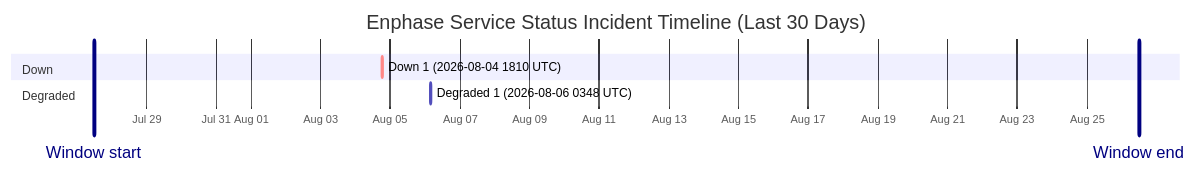
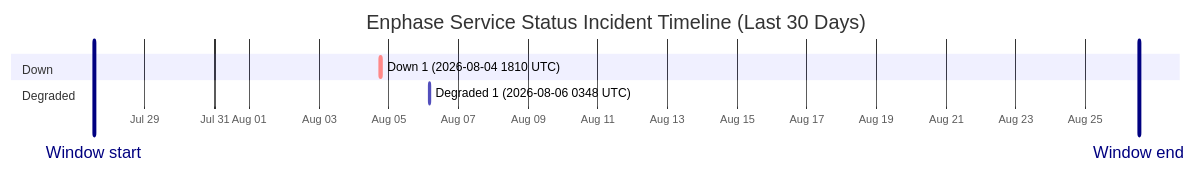
The diagram in wiki/Service-Status-History.md (barneyonline/ha-enphase-energy), drawn with Mermaid before and after one commit. The commit also changed other lines of this file and 3 other files, not shown here.

````diff
--- a/wiki/Service-Status-History.md
+++ b/wiki/Service-Status-History.md
@@ -14,12 +14,12 @@
 ```mermaid
 gantt
     title Enphase Service Status Incident Timeline (Last 30 Days)
     dateFormat  YYYY-MM-DDTHH:mm:ss
     axisFormat  %b %d
-    Window start :vert, window-start, 2026-07-27T11:56:49, 0ms
-    Window end :vert, window-end, 2026-08-26T11:56:49, 0ms
+    Window start :vert, window-start, 2026-07-27T12:56:58, 0ms
+    Window end :vert, window-end, 2026-08-26T12:56:58, 0ms
     section Down
     Down 1 (2026-08-04 1810 UTC) :crit, down-1, 2026-08-04T18:10:46, 60m
     section Degraded
     Degraded 1 (2026-08-06 0348 UTC) :active, degraded-1, 2026-08-06T03:48:14, 60m
 ```
````
